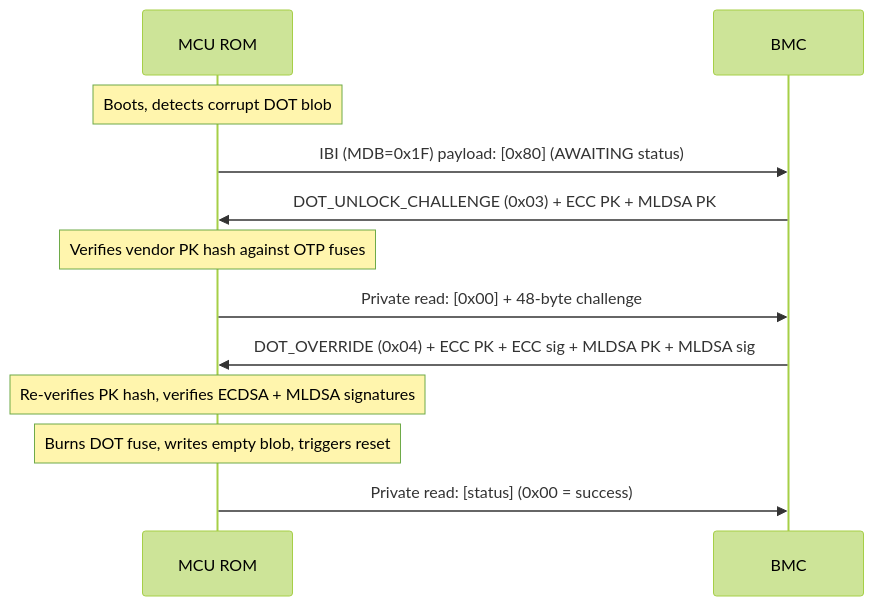
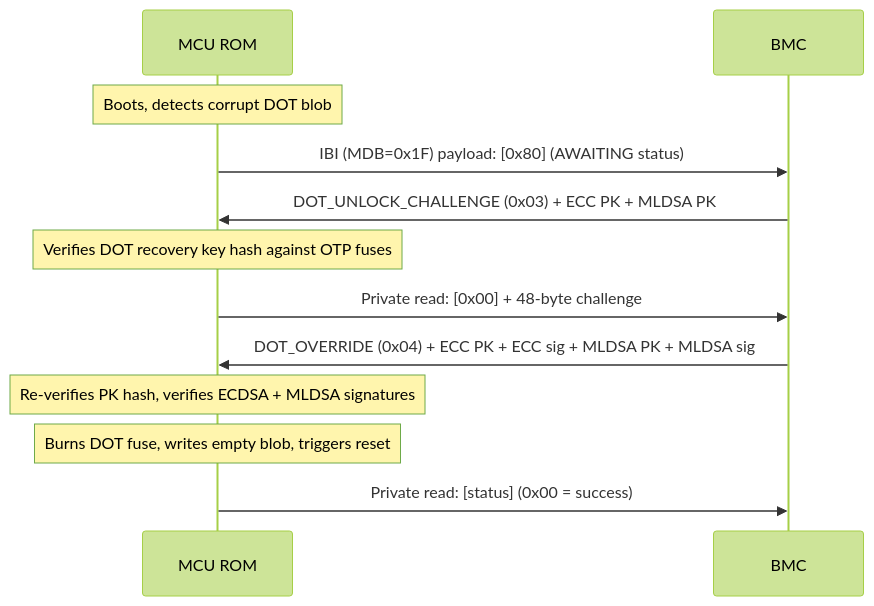
Before and after one commit to chipsalliance/caliptra-mcu-sw: the second of 2 diagrams in docs/src/dot_i3c.md, drawn with Mermaid (forest theme). The commit also changed other lines of this file and 8 other files, not shown here.

Commit message:
dot: document direct runtime command flow

````diff
--- a/docs/src/dot_i3c.md
+++ b/docs/src/dot_i3c.md
@@ -47,17 +47,17 @@
 ```mermaid
 sequenceDiagram
     participant MCU as MCU ROM
     participant BMC
 
     Note over MCU: Boots, detects corrupt DOT blob
     MCU->>BMC: IBI (MDB=0x1F) payload: [0x80] (AWAITING status)
 
     BMC->>MCU: DOT_UNLOCK_CHALLENGE (0x03) + ECC PK + MLDSA PK
-    Note over MCU: Verifies vendor PK hash against OTP fuses
+    Note over MCU: Verifies DOT recovery key hash against OTP fuses
     MCU->>BMC: Private read: [0x00] + 48-byte challenge
 
     BMC->>MCU: DOT_OVERRIDE (0x04) + ECC PK + ECC sig + MLDSA PK + MLDSA sig
     Note over MCU: Re-verifies PK hash, verifies ECDSA + MLDSA signatures
     Note over MCU: Burns DOT fuse, writes empty blob, triggers reset
     MCU->>BMC: Private read: [status] (0x00 = success)
 ```
````
